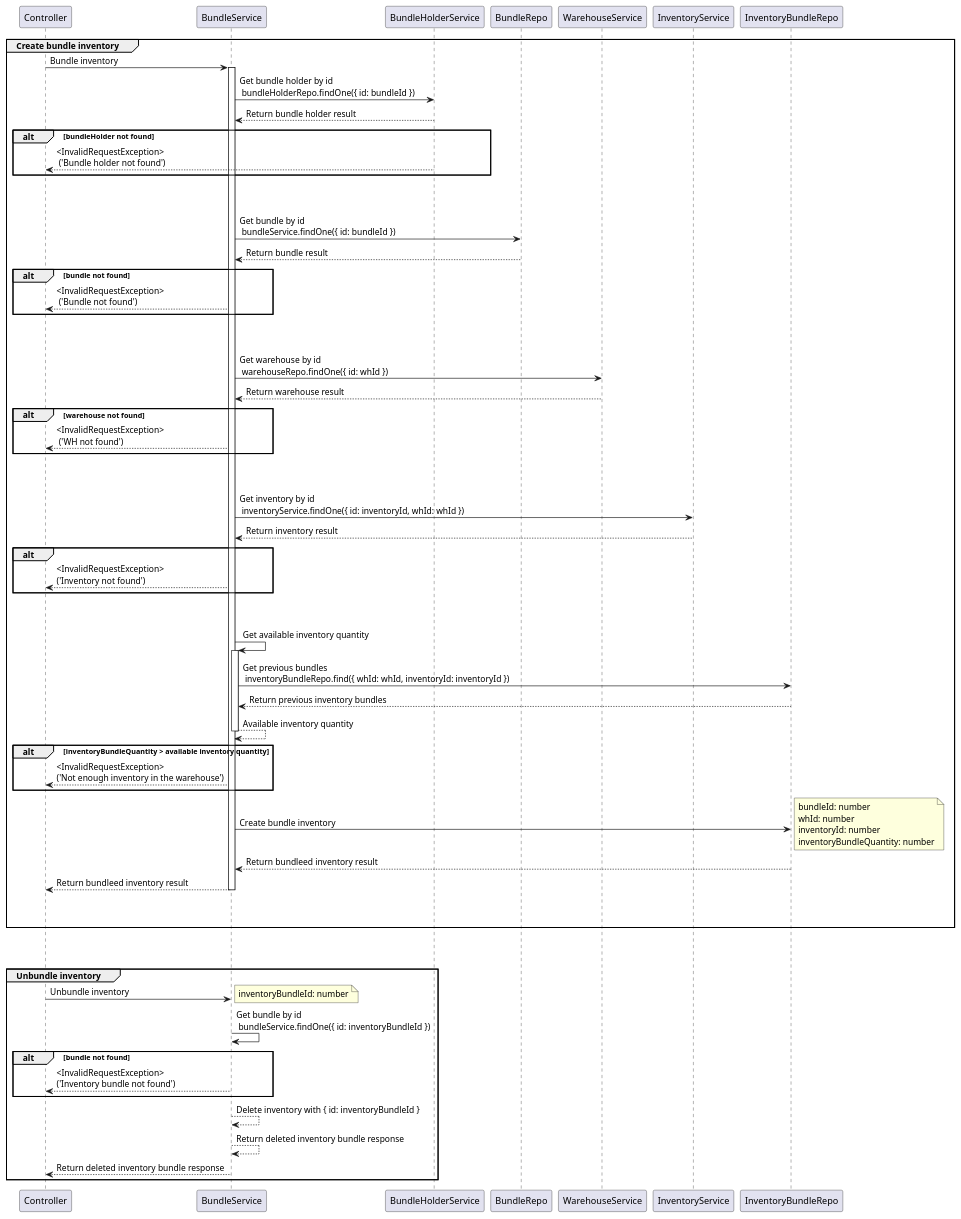
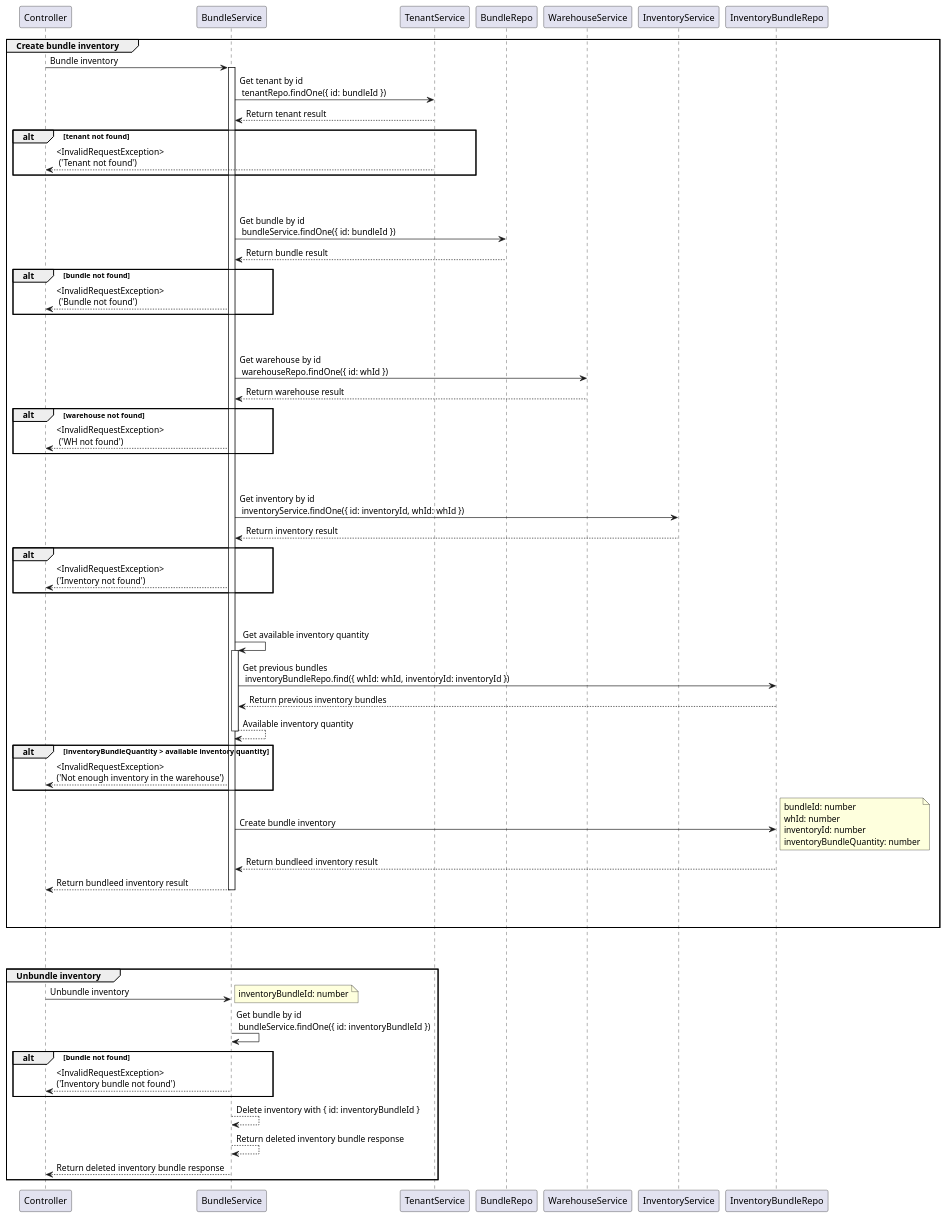
One commit to lodipay/lodipay-wms changed the diagram in docs/sequence-diagram/create_bundle_inventory.md. Above: the diagram before and after it, drawn with PlantUML. The commit also changed 59 other files, not shown here.

```diff
--- a/docs/sequence-diagram/create_bundle_inventory.md
+++ b/docs/sequence-diagram/create_bundle_inventory.md
@@ -5,7 +5,7 @@
 
 participant "Controller" as controller
 participant "BundleService" as bundleService
-participant "BundleHolderService" as bundleHolderService
+participant "TenantService" as tenantService
 participant "BundleRepo" as bundleRepo
 participant "WarehouseService" as warehouseService
 participant "InventoryService" as inventoryService
@@ -14,12 +14,12 @@
 group Create bundle inventory
     controller -> bundleService ++: Bundle inventory
 
-    bundleService -> bundleHolderService: Get bundle holder by id \n bundleHolderRepo.findOne({ id: bundleId })
+    bundleService -> tenantService: Get tenant by id \n tenantRepo.findOne({ id: bundleId })
 
-    bundleHolderService --> bundleService: Return bundle holder result
+    tenantService --> bundleService: Return tenant result
 
-        alt bundleHolder not found
-        bundleHolderService --> controller: <InvalidRequestException> \n ('Bundle holder not found')
+        alt tenant not found
+        tenantService --> controller: <InvalidRequestException> \n ('Tenant not found')
     end
 
     |||
```
